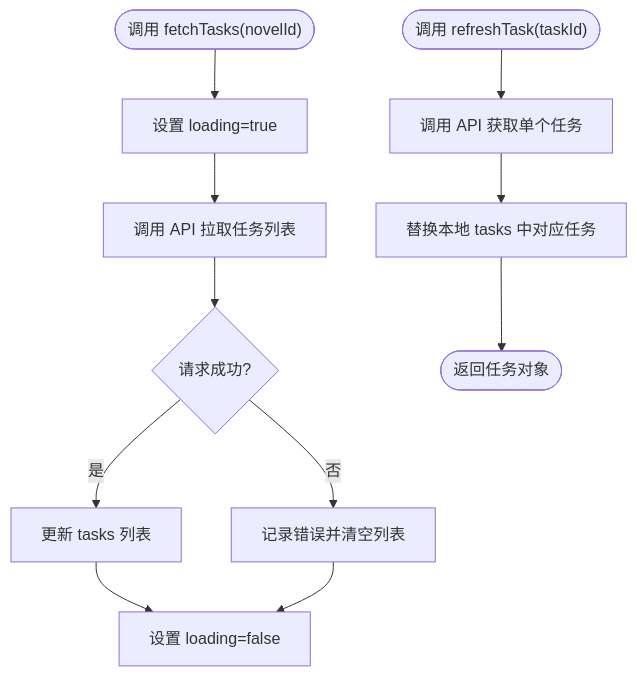
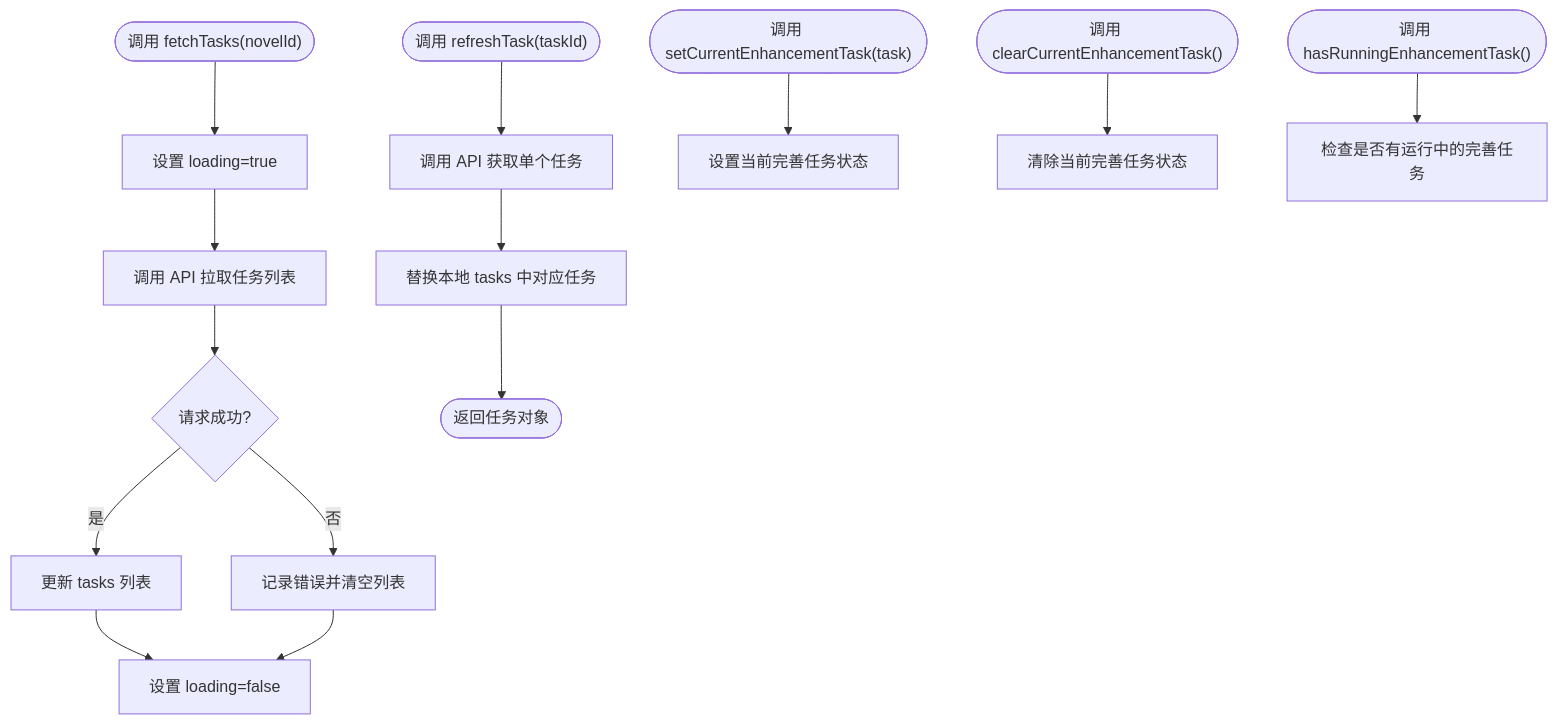
Before and after one commit to xfbyxq/ai-novel-system: the fifth of 7 diagrams in .qoder/repowiki/zh/content/前端架构/前端架构.md, drawn with Mermaid. The commit also changed other lines of this file and 17 other files, not shown here.

````diff
--- a/.qoder/repowiki/zh/content/前端架构/前端架构.md
+++ b/.qoder/repowiki/zh/content/前端架构/前端架构.md
@@ -261,13 +302,16 @@
 ```mermaid
 flowchart TD
 Enter(["调用 fetchTasks(novelId)"]) --> SetLoading["设置 loading=true"]
 SetLoading --> Fetch["调用 API 拉取任务列表"]
 Fetch --> Success{"请求成功?"}
 Success --> |是| UpdateTasks["更新 tasks 列表"]
 Success --> |否| LogErr["记录错误并清空列表"]
 UpdateTasks --> ResetLoading["设置 loading=false"]
 LogErr --> ResetLoading
 Enter2(["调用 refreshTask(taskId)"]) --> FetchOne["调用 API 获取单个任务"]
 FetchOne --> Replace["替换本地 tasks 中对应任务"]
 Replace --> Done(["返回任务对象"])
+Enter3(["调用 setCurrentEnhancementTask(task)"]) --> SetEnhancement["设置当前完善任务状态"]
+Enter4(["调用 clearCurrentEnhancementTask()"]) --> ClearEnhancement["清除当前完善任务状态"]
+Enter5(["调用 hasRunningEnhancementTask()"]) --> CheckStatus["检查是否有运行中的完善任务"]
 ```
````
